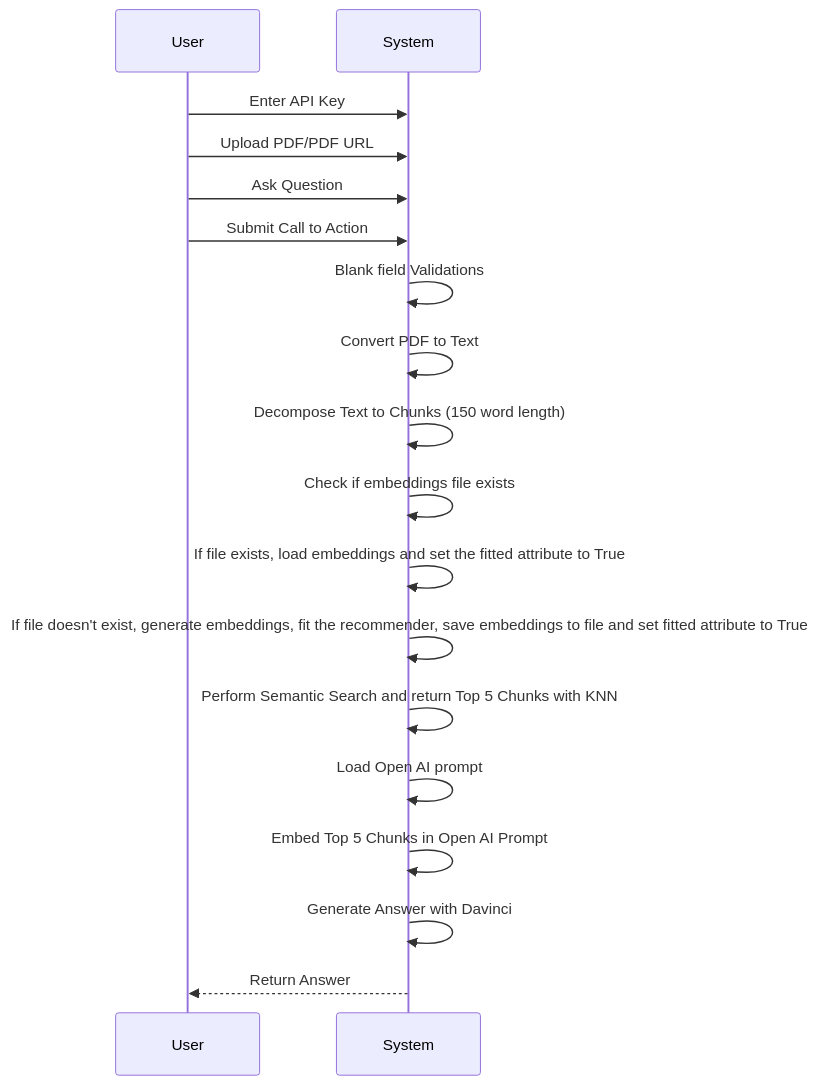
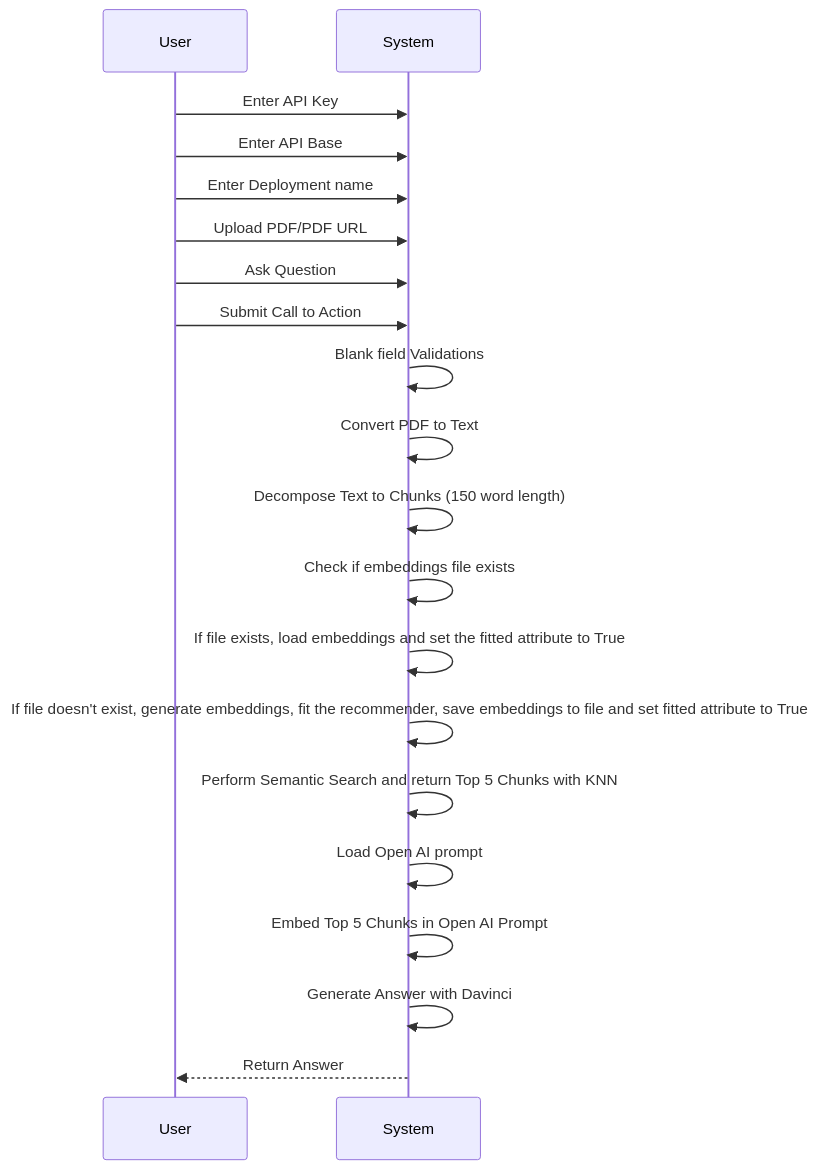
The first of 2 diagrams in README.md (mspronesti/pdfGPT-azure), drawn with Mermaid before and after one commit. The commit also changed other lines of this file, not shown here.

````diff
--- a/README.md
+++ b/README.md
@@ -129,23 +62,25 @@
 ```mermaid
 sequenceDiagram
     participant User
     participant System
 
     User->>System: Enter API Key
+    User->>System: Enter API Base
+    User->>System: Enter Deployment name
     User->>System: Upload PDF/PDF URL
     User->>System: Ask Question
     User->>System: Submit Call to Action
 
     System->>System: Blank field Validations
     System->>System: Convert PDF to Text
     System->>System: Decompose Text to Chunks (150 word length)
     System->>System: Check if embeddings file exists
     System->>System: If file exists, load embeddings and set the fitted attribute to True
     System->>System: If file doesn't exist, generate embeddings, fit the recommender, save embeddings to file and set fitted attribute to True
     System->>System: Perform Semantic Search and return Top 5 Chunks with KNN
     System->>System: Load Open AI prompt
     System->>System: Embed Top 5 Chunks in Open AI Prompt
     System->>System: Generate Answer with Davinci
 
     System-->>User: Return Answer
 ```
````
